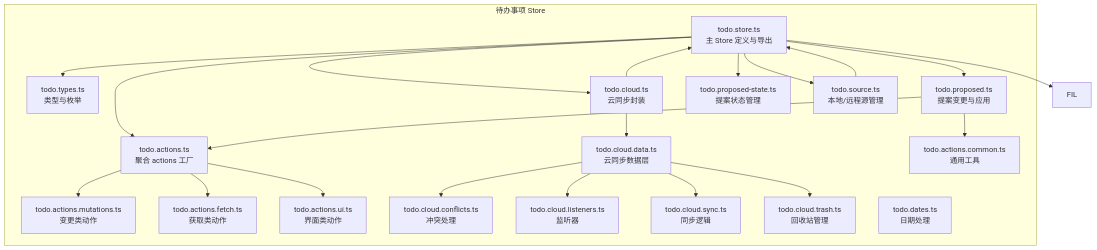
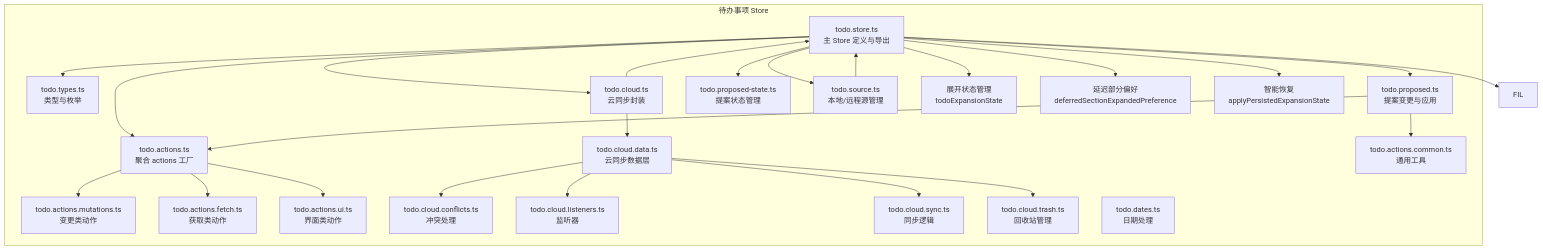
The first of 4 diagrams in .qoder/repowiki/zh/content/前端开发/状态管理/待办事项状态.md (xixixiaoyu/Todo), drawn with Mermaid before and after one commit. The commit also changed other lines of this file and 6 other files, not shown here.

````diff
--- a/.qoder/repowiki/zh/content/前端开发/状态管理/待办事项状态.md
+++ b/.qoder/repowiki/zh/content/前端开发/状态管理/待办事项状态.md
@@ -60,41 +67,47 @@
 ```mermaid
 graph TB
 subgraph "待办事项 Store"
 TS["todo.store.ts<br/>主 Store 定义与导出"]
 TYP["todo.types.ts<br/>类型与枚举"]
 ACT["todo.actions.ts<br/>聚合 actions 工厂"]
 MUT["todo.actions.mutations.ts<br/>变更类动作"]
 FET["todo.actions.fetch.ts<br/>获取类动作"]
 UIA["todo.actions.ui.ts<br/>界面类动作"]
 CLO["todo.cloud.ts<br/>云同步封装"]
 CLOD["todo.cloud.data.ts<br/>云同步数据层"]
 CLOC["todo.cloud.conflicts.ts<br/>冲突处理"]
 CLOL["todo.cloud.listeners.ts<br/>监听器"]
 CLOS["todo.cloud.sync.ts<br/>同步逻辑"]
 CLT["todo.cloud.trash.ts<br/>回收站管理"]
 PRO["todo.proposed.ts<br/>提案变更与应用"]
 PST["todo.proposed-state.ts<br/>提案状态管理"]
 SRC["todo.source.ts<br/>本地/远程源管理"]
 DAT["todo.dates.ts<br/>日期处理"]
 COM["todo.actions.common.ts<br/>通用工具"]
+EXP["展开状态管理<br/>todoExpansionState"]
+DEF["延迟部分偏好<br/>deferredSectionExpandedPreference"]
+END["智能恢复<br/>applyPersistedExpansionState"]
 end
 TS --> TYP
 TS --> ACT
 TS --> FIL
 TS --> CLO
 TS --> PRO
 TS --> PST
 TS --> SRC
+TS --> EXP
+TS --> DEF
+TS --> END
 ACT --> MUT
 ACT --> FET
 ACT --> UIA
 PRO --> ACT
 PRO --> COM
 SRC --> TS
 CLO --> CLOD
 CLOD --> CLOC
 CLOD --> CLOL
 CLOD --> CLOS
 CLOD --> CLT
 CLO --> TS
 ```
````
